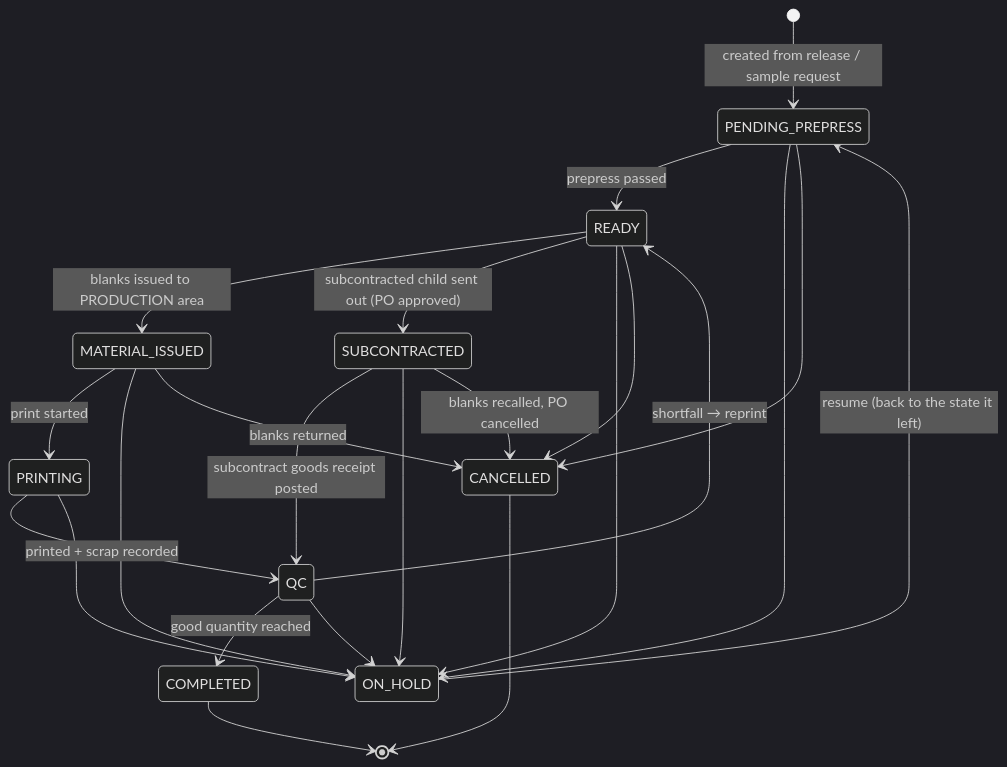
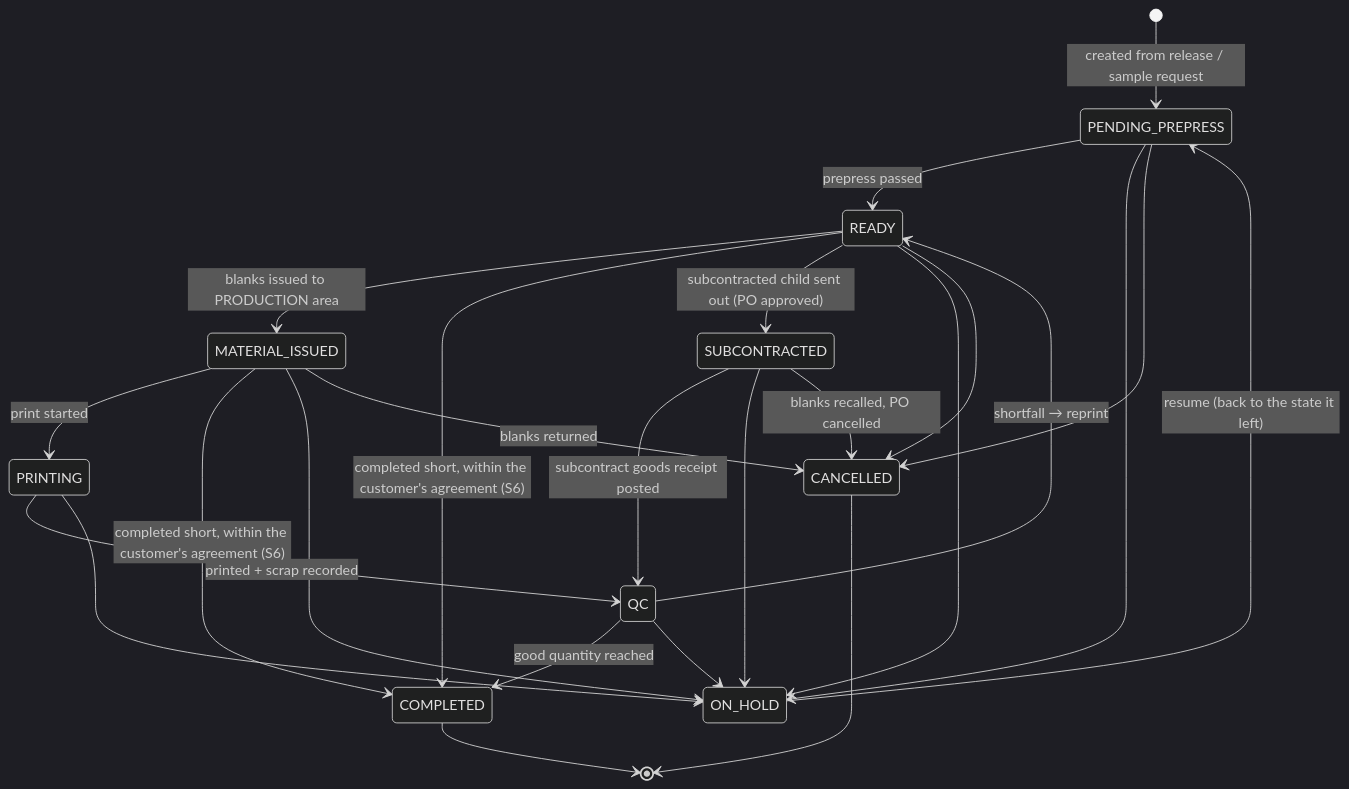
One commit to KLTN-FA26/be-backoffice-stockflow-commerce changed diagram 17 of 19 in docs/business-design/03-state-machines.md. Above: the diagram before and after it, drawn with Mermaid (dark theme). The commit also changed other lines of this file and 34 other files, not shown here.

````diff
--- a/docs/business-design/03-state-machines.md
+++ b/docs/business-design/03-state-machines.md
@@ -841,25 +841,27 @@
 ```mermaid
 stateDiagram-v2
     [*] --> PENDING_PREPRESS: created from release / sample request
     PENDING_PREPRESS --> READY: prepress passed
     READY --> MATERIAL_ISSUED: blanks issued to PRODUCTION area
     MATERIAL_ISSUED --> PRINTING: print started
     PRINTING --> QC: printed + scrap recorded
     QC --> COMPLETED: good quantity reached
     QC --> READY: shortfall → reprint
+    READY --> COMPLETED: completed short, within the customer's agreement (S6)
+    MATERIAL_ISSUED --> COMPLETED: completed short, within the customer's agreement (S6)
     READY --> SUBCONTRACTED: subcontracted child sent out (PO approved)
     SUBCONTRACTED --> QC: subcontract goods receipt posted
     PENDING_PREPRESS --> ON_HOLD
     READY --> ON_HOLD
     MATERIAL_ISSUED --> ON_HOLD
     PRINTING --> ON_HOLD
     SUBCONTRACTED --> ON_HOLD
     QC --> ON_HOLD
     ON_HOLD --> PENDING_PREPRESS: resume (back to the state it left)
     PENDING_PREPRESS --> CANCELLED
     READY --> CANCELLED
     MATERIAL_ISSUED --> CANCELLED: blanks returned
     SUBCONTRACTED --> CANCELLED: blanks recalled, PO cancelled
     COMPLETED --> [*]
     CANCELLED --> [*]
 ```
````
